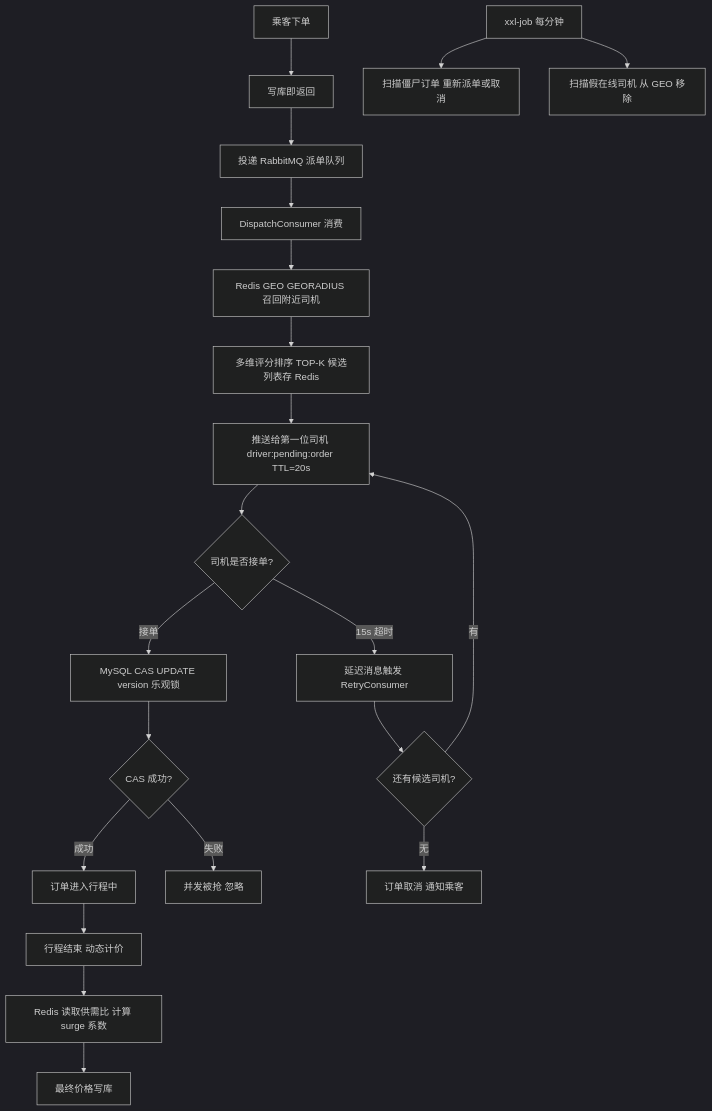
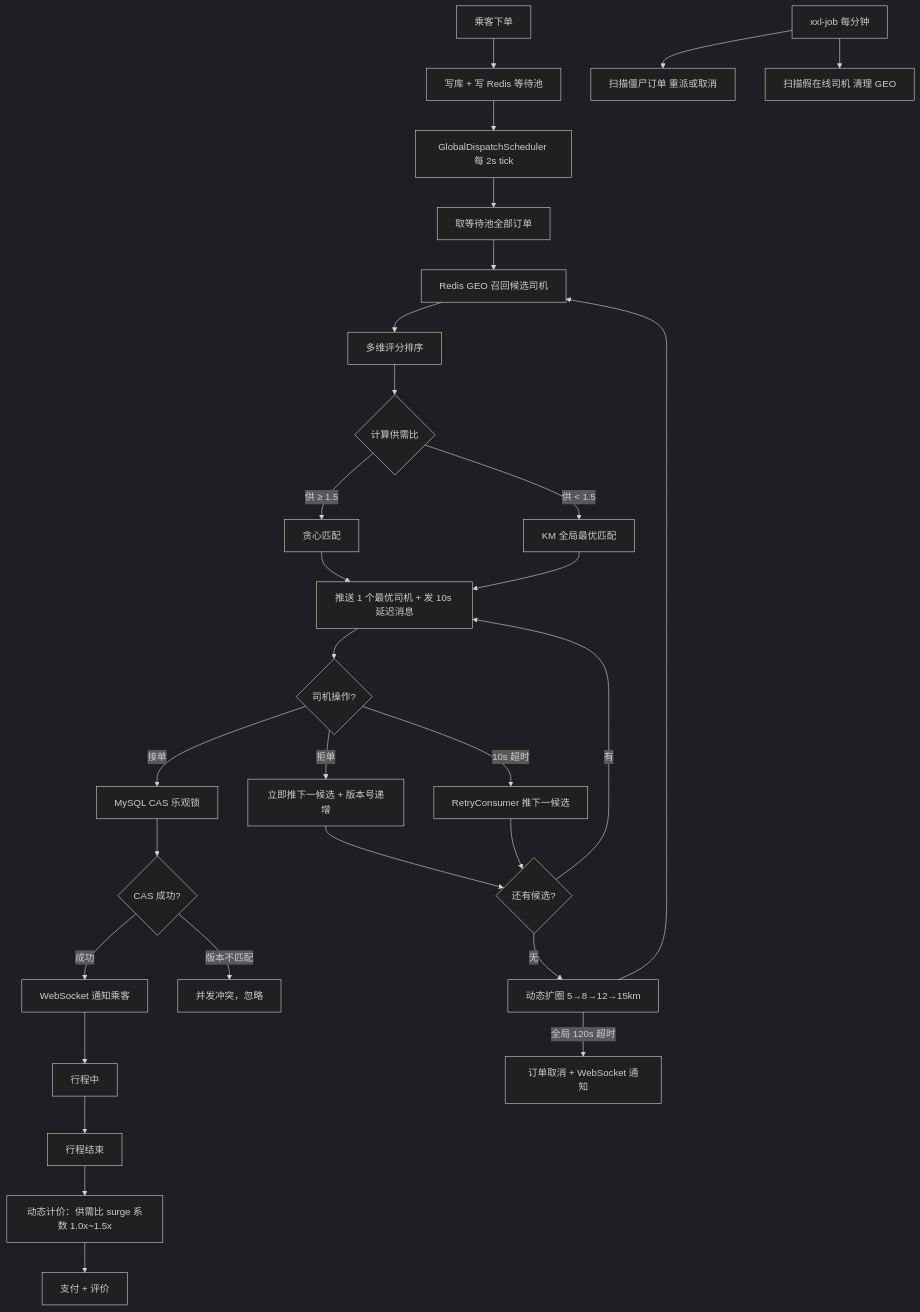
Before and after one commit to CNIronBro/OpenRide: the diagram in README.md, drawn with Mermaid (dark theme). The commit also changed other lines of this file and 6 other files, not shown here.

````diff
--- a/README.md
+++ b/README.md
@@ -68,24 +101,33 @@
 ```mermaid
 graph TD
-    A[乘客下单] --> B[写库即返回]
-    B --> C[投递 RabbitMQ 派单队列]
-    C --> D[DispatchConsumer 消费]
-    D --> E[Redis GEO GEORADIUS 召回附近司机]
-    E --> F[多维评分排序 TOP-K 候选列表存 Redis]
-    F --> G[推送给第一位司机 driver:pending:order TTL=20s]
-    G --> H{司机是否接单?}
-    H -- 接单 --> I[MySQL CAS UPDATE version 乐观锁]
-    I --> J{CAS 成功?}
-    J -- 成功 --> K[订单进入行程中]
-    J -- 失败 --> L[并发被抢 忽略]
-    H -- 15s 超时 --> M[延迟消息触发 RetryConsumer]
-    M --> N{还有候选司机?}
-    N -- 有 --> G
-    N -- 无 --> O[订单取消 通知乘客]
-    K --> P[行程结束 动态计价]
-    P --> Q[Redis 读取供需比 计算 surge 系数]
-    Q --> R[最终价格写库]
+    A[乘客下单] --> B[写库 + 写 Redis 等待池]
+    B --> C[GlobalDispatchScheduler 每 2s tick]
+    C --> D[取等待池全部订单]
+    D --> E[Redis GEO 召回候选司机]
+    E --> F[多维评分排序]
+    F --> G{计算供需比}
+    G -- 供 ≥ 1.5 --> H[贪心匹配]
+    G -- 供 < 1.5 --> I[KM 全局最优匹配]
+    H --> J[推送 1 个最优司机 + 发 10s 延迟消息]
+    I --> J
+    J --> K{司机操作?}
+    K -- 接单 --> L[MySQL CAS 乐观锁]
+    L --> M{CAS 成功?}
+    M -- 成功 --> N[WebSocket 通知乘客]
+    N --> O[行程中]
+    M -- 版本不匹配 --> P[并发冲突，忽略]
+    K -- 拒单 --> Q[立即推下一候选 + 版本号递增]
+    K -- 10s 超时 --> R[RetryConsumer 推下一候选]
+    Q --> S{还有候选?}
+    R --> S
+    S -- 有 --> J
+    S -- 无 --> T[动态扩圈 5→8→12→15km]
+    T --> E
+    T -- 全局 120s 超时 --> U[订单取消 + WebSocket 通知]
+    O --> V[行程结束]
+    V --> W[动态计价：供需比 surge 系数 1.0x~1.5x]
+    W --> X[支付 + 评价]
 
-    S[xxl-job 每分钟] --> T[扫描僵尸订单 重新派单或取消]
-    S --> U[扫描假在线司机 从 GEO 移除]
+    Y[xxl-job 每分钟] --> Z[扫描僵尸订单 重派或取消]
+    Y --> AA[扫描假在线司机 清理 GEO]
 ```
````
